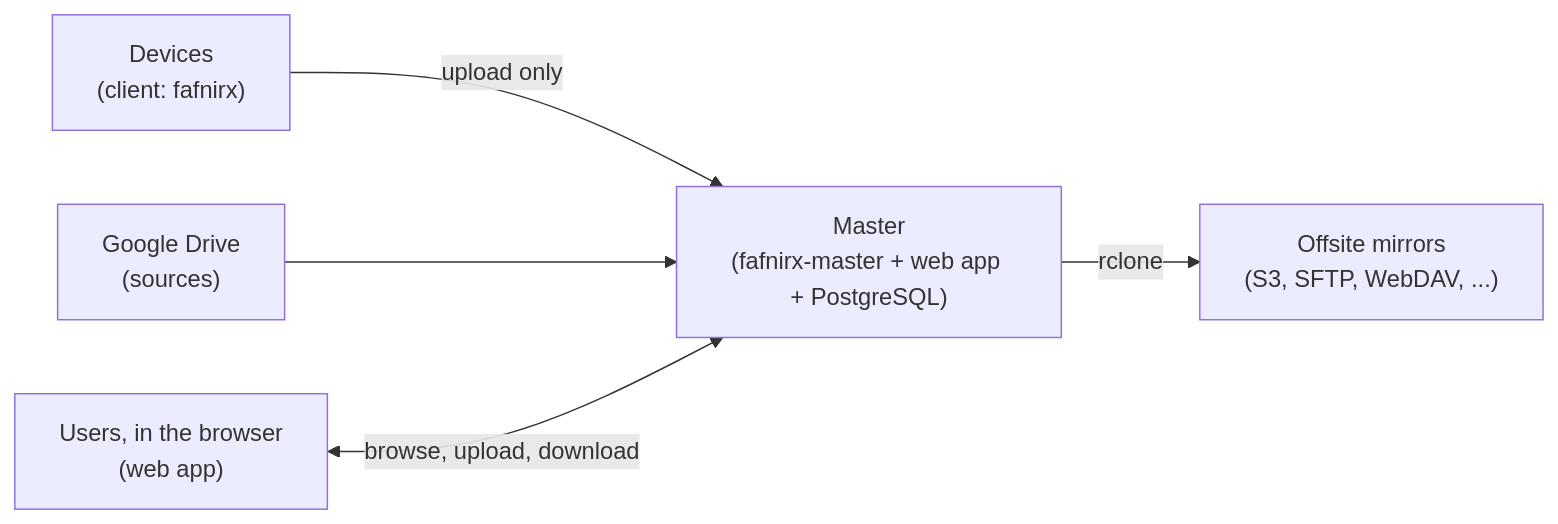
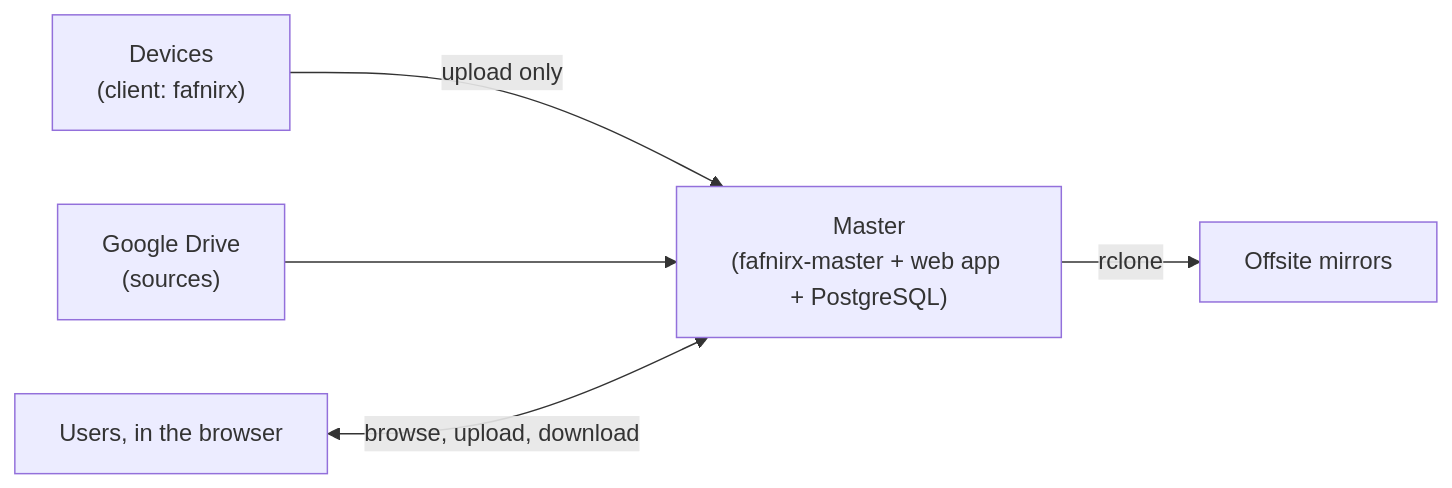
One commit to jameelhamdan/fafnirx changed the diagram in README.md. Above: the diagram before and after it, drawn with Mermaid. The commit also changed other lines of this file and 93 other files, not shown here.

````diff
--- a/README.md
+++ b/README.md
@@ -13,7 +7,7 @@
 ```mermaid
 flowchart LR
     D["Devices<br/>(client: fafnirx)"] -->|"upload only"| M["Master<br/>(fafnirx-master + web app + PostgreSQL)"]
     G["Google Drive<br/>(sources)"] --> M
-    U["Users, in the browser<br/>(web app)"] <-->|"browse, upload, download"| M
-    M -->|"rclone"| O["Offsite mirrors<br/>(S3, SFTP, WebDAV, ...)"]
+    U["Users, in the browser"] <-->|"browse, upload, download"| M
+    M -->|"rclone"| O["Offsite mirrors"]
 ```
````
